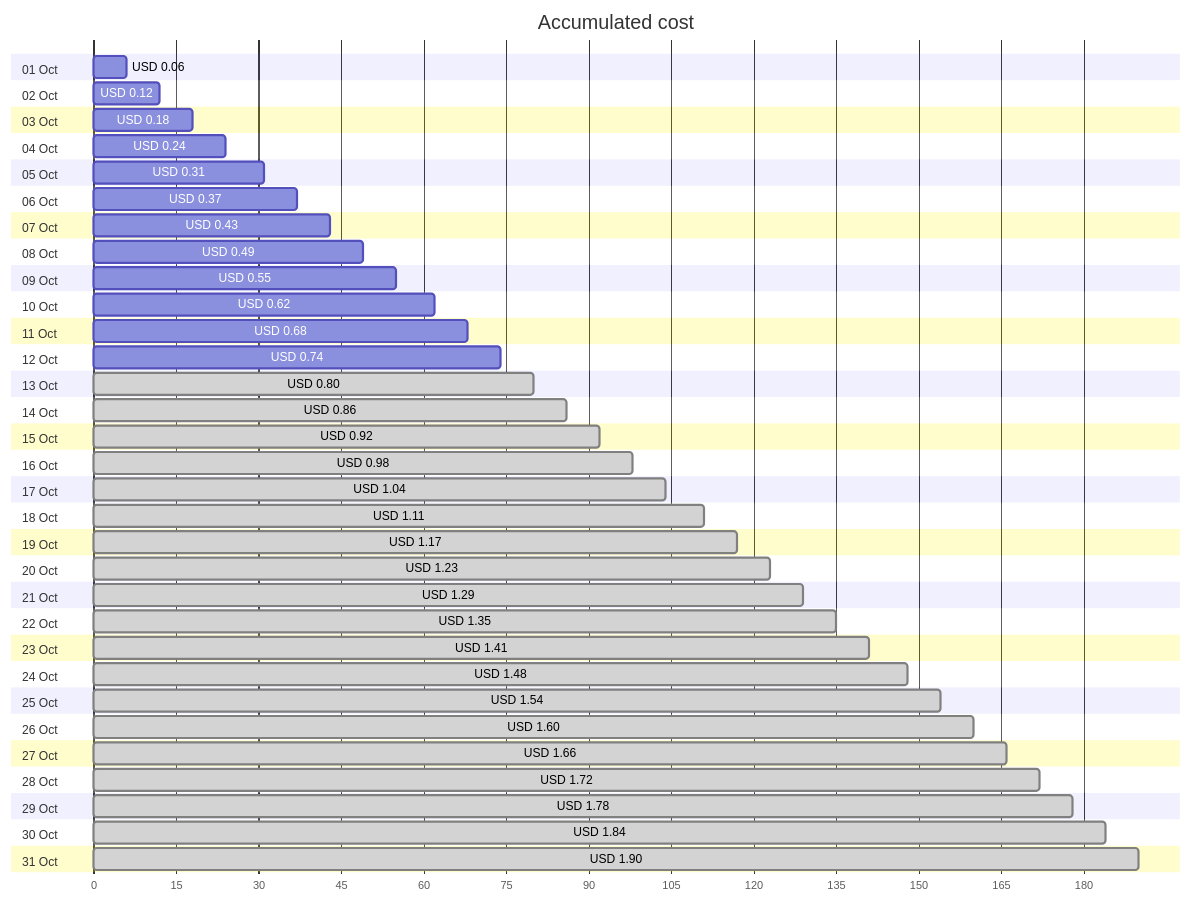
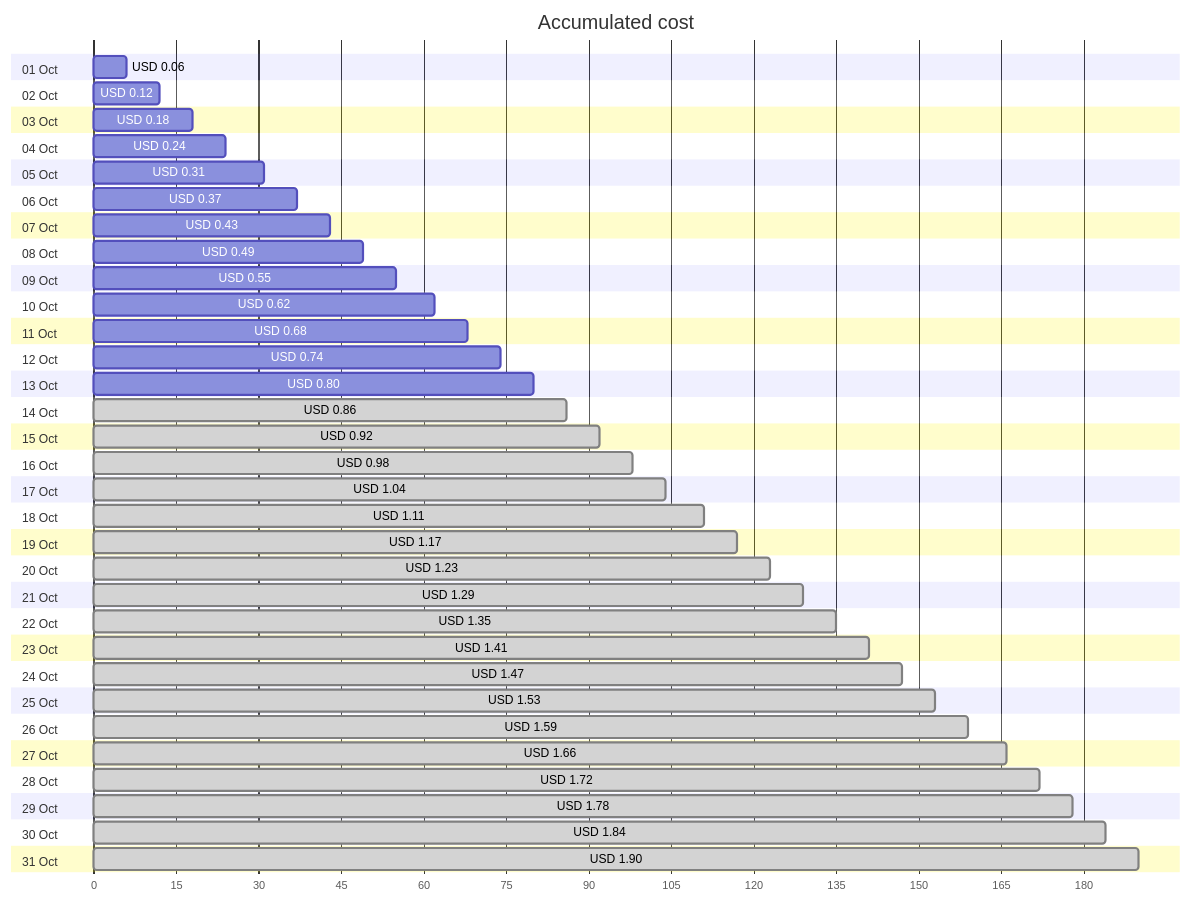
Before and after one commit to jpfulton/azure-personal-reports: the first of 4 diagrams in cost-reports/personal-network/backup-server_OsDisk.md, drawn with Mermaid. The commit also changed other lines of this file and 8 other files, not shown here.

````diff
--- a/cost-reports/personal-network/backup-server_OsDisk.md
+++ b/cost-reports/personal-network/backup-server_OsDisk.md
@@ -20,68 +20,68 @@
 ```mermaid
 gantt
    title Accumulated cost
    dateFormat  X
    axisFormat %s
    section 01 Oct
    USD 0.06 :0, 6
    section 02 Oct
    USD 0.12 :0, 12
    section 03 Oct
    USD 0.18 :0, 18
    section 04 Oct
    USD 0.24 :0, 24
    section 05 Oct
    USD 0.31 :0, 31
    section 06 Oct
    USD 0.37 :0, 37
    section 07 Oct
    USD 0.43 :0, 43
    section 08 Oct
    USD 0.49 :0, 49
    section 09 Oct
    USD 0.55 :0, 55
    section 10 Oct
    USD 0.62 :0, 62
    section 11 Oct
    USD 0.68 :0, 68
    section 12 Oct
    USD 0.74 :0, 74
    section 13 Oct
-   USD 0.80 : done, 0, 80
+   USD 0.80 :0, 80
    section 14 Oct
    USD 0.86 : done, 0, 86
    section 15 Oct
    USD 0.92 : done, 0, 92
    section 16 Oct
    USD 0.98 : done, 0, 98
    section 17 Oct
    USD 1.04 : done, 0, 104
    section 18 Oct
    USD 1.11 : done, 0, 111
    section 19 Oct
    USD 1.17 : done, 0, 117
    section 20 Oct
    USD 1.23 : done, 0, 123
    section 21 Oct
    USD 1.29 : done, 0, 129
    section 22 Oct
    USD 1.35 : done, 0, 135
    section 23 Oct
    USD 1.41 : done, 0, 141
    section 24 Oct
-   USD 1.48 : done, 0, 148
+   USD 1.47 : done, 0, 147
    section 25 Oct
-   USD 1.54 : done, 0, 154
+   USD 1.53 : done, 0, 153
    section 26 Oct
-   USD 1.60 : done, 0, 160
+   USD 1.59 : done, 0, 159
    section 27 Oct
    USD 1.66 : done, 0, 166
    section 28 Oct
    USD 1.72 : done, 0, 172
    section 29 Oct
    USD 1.78 : done, 0, 178
    section 30 Oct
    USD 1.84 : done, 0, 184
    section 31 Oct
    USD 1.90 : done, 0, 190
 ```
````
